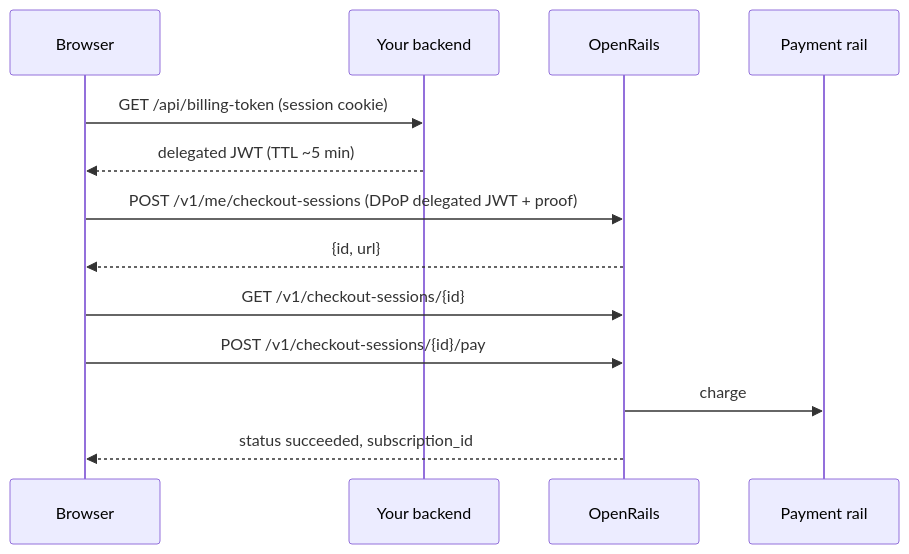
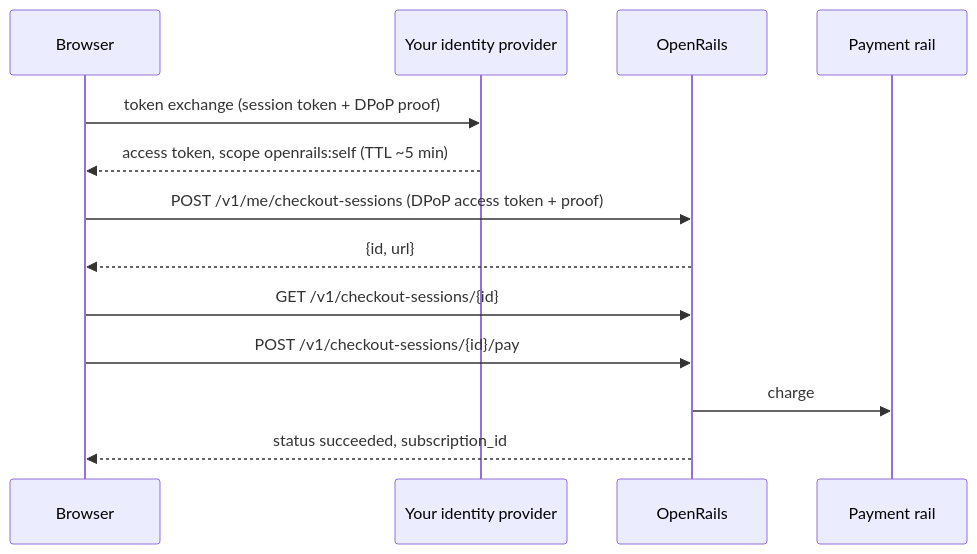
One commit to open-rails/openrails changed the diagram in docs/frontend-integration.md. Above: the diagram before and after it, drawn with Mermaid. The commit also changed other lines of this file and 44 other files, not shown here.

````diff
--- a/docs/frontend-integration.md
+++ b/docs/frontend-integration.md
@@ -233,15 +224,15 @@
 ```mermaid
 sequenceDiagram
     participant B as Browser
-    participant Y as Your backend
+    participant Y as Your identity provider
     participant O as OpenRails
     participant P as Payment rail
-    B->>Y: GET /api/billing-token (session cookie)
-    Y-->>B: delegated JWT (TTL ~5 min)
-    B->>O: POST /v1/me/checkout-sessions (DPoP delegated JWT + proof)
+    B->>Y: token exchange (session token + DPoP proof)
+    Y-->>B: access token, scope openrails:self (TTL ~5 min)
+    B->>O: POST /v1/me/checkout-sessions (DPoP access token + proof)
     O-->>B: {id, url}
     B->>O: GET /v1/checkout-sessions/{id}
     B->>O: POST /v1/checkout-sessions/{id}/pay
     O->>P: charge
     O-->>B: status succeeded, subscription_id
 ```
````
